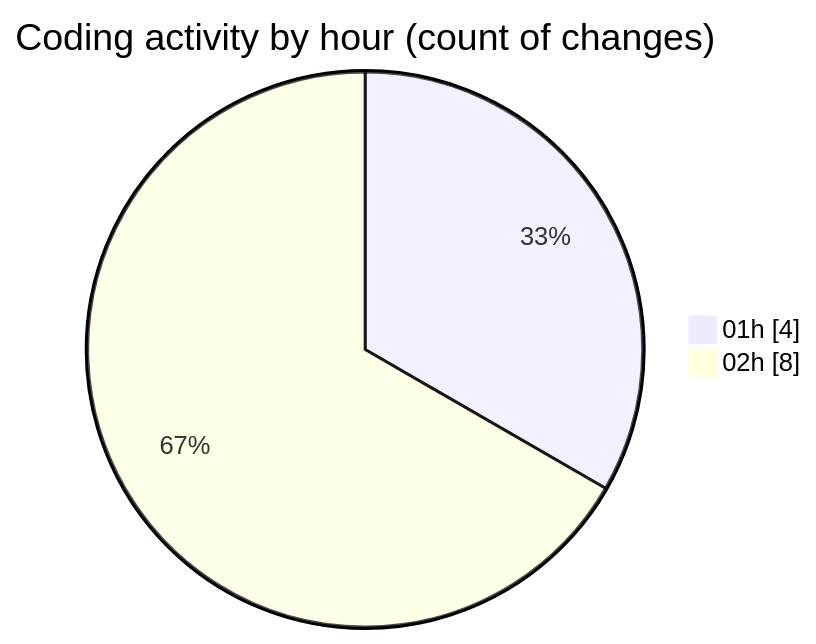
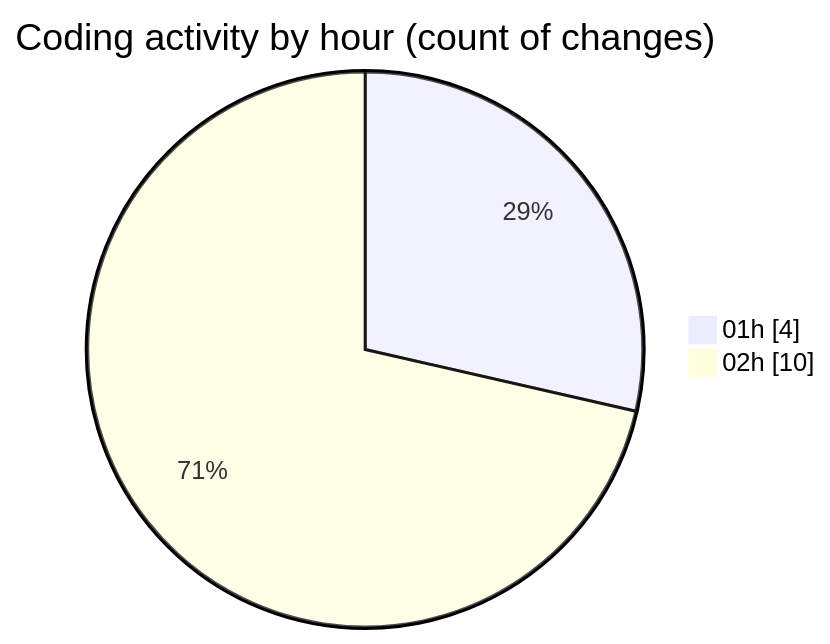
One commit to donsfak/code-tracking changed the second of 2 diagrams in 2025-01-27/maps_clone/README.md. Above: the diagram before and after it, drawn with Mermaid. The commit also changed other lines of this file and 1 other file, not shown here.

````diff
--- a/2025-01-27/maps_clone/README.md
+++ b/2025-01-27/maps_clone/README.md
@@ -34,6 +34,6 @@
 ```mermaid
 pie showData
 title Coding activity by hour (count of changes)
 "01h" : 4
-"02h" : 8
+"02h" : 10
 ```
````
